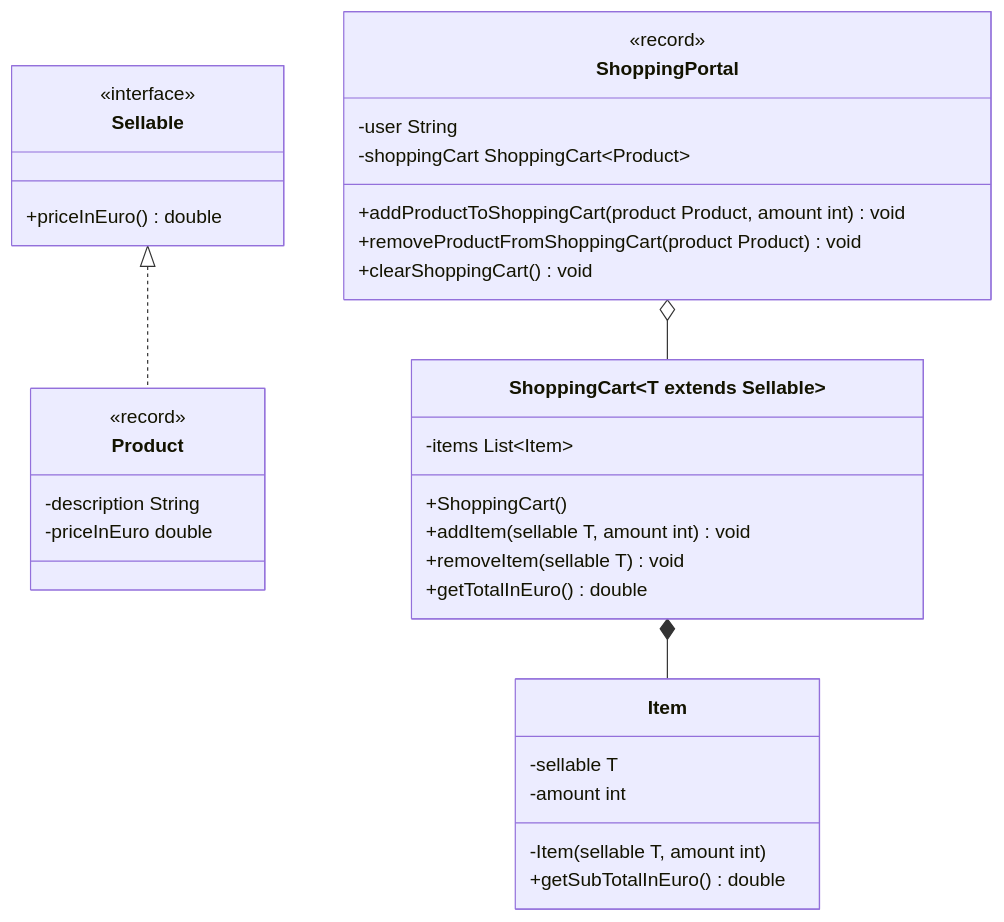
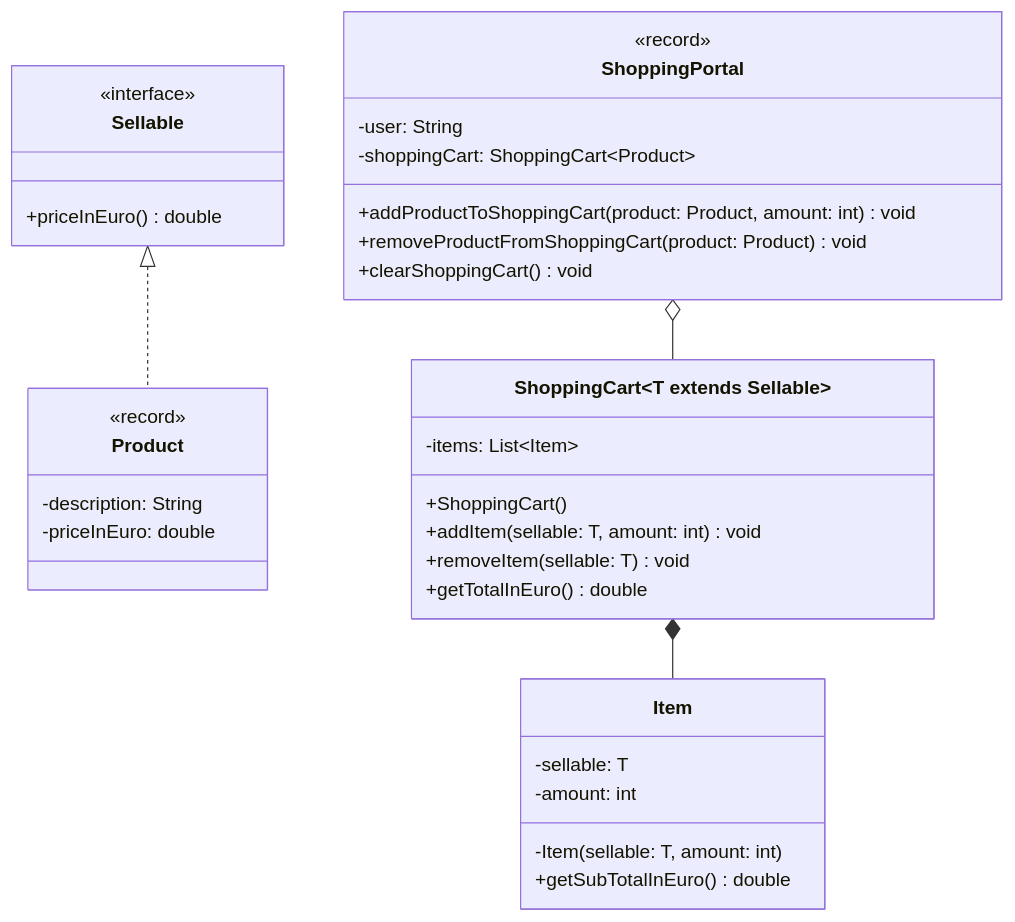
One commit to jappuccini/java-docs changed the diagram in docs/exam-exercises/exam-exercises-java2/shopping-portal.md. Above: the diagram before and after it, drawn with Mermaid. The commit also changed other lines of this file and 76 other files, not shown here.

Commit message:
uml fixes (colons, properties), headline fixes (italic) and exam result updates

````diff
--- a/docs/exam-exercises/exam-exercises-java2/shopping-portal.md
+++ b/docs/exam-exercises/exam-exercises-java2/shopping-portal.md
@@ -12,41 +12,41 @@
 ```mermaid
 classDiagram
     Sellable <|.. Product
     ShoppingPortal o-- ShoppingCart~T extends Sellable~
     ShoppingCart *-- Item
 
     class ShoppingCart~T extends Sellable~ {
-        -items List~Item~
+        -items: List~Item~
         +ShoppingCart()
-        +addItem(sellable T, amount int) void
-        +removeItem(sellable T) void
+        +addItem(sellable: T, amount: int) void
+        +removeItem(sellable: T) void
         +getTotalInEuro() double
     }
 
     class Item {
-        -sellable T
-        -amount int
-        -Item(sellable T, amount int)
+        -sellable: T
+        -amount: int
+        -Item(sellable: T, amount: int)
         +getSubTotalInEuro() double
     }
 
     class Sellable {
         <<interface>>
         +priceInEuro() double
     }
 
     class Product {
         <<record>>
-        -description String
-        -priceInEuro double
+        -description: String
+        -priceInEuro: double
     }
 
     class ShoppingPortal {
         <<record>>
-        -user String
-        -shoppingCart ShoppingCart~Product~
-        +addProductToShoppingCart(product Product, amount int) void
-        +removeProductFromShoppingCart(product Product) void
+        -user: String
+        -shoppingCart: ShoppingCart~Product~
+        +addProductToShoppingCart(product: Product, amount: int) void
+        +removeProductFromShoppingCart(product: Product) void
         +clearShoppingCart() void
     }
 ```
````
